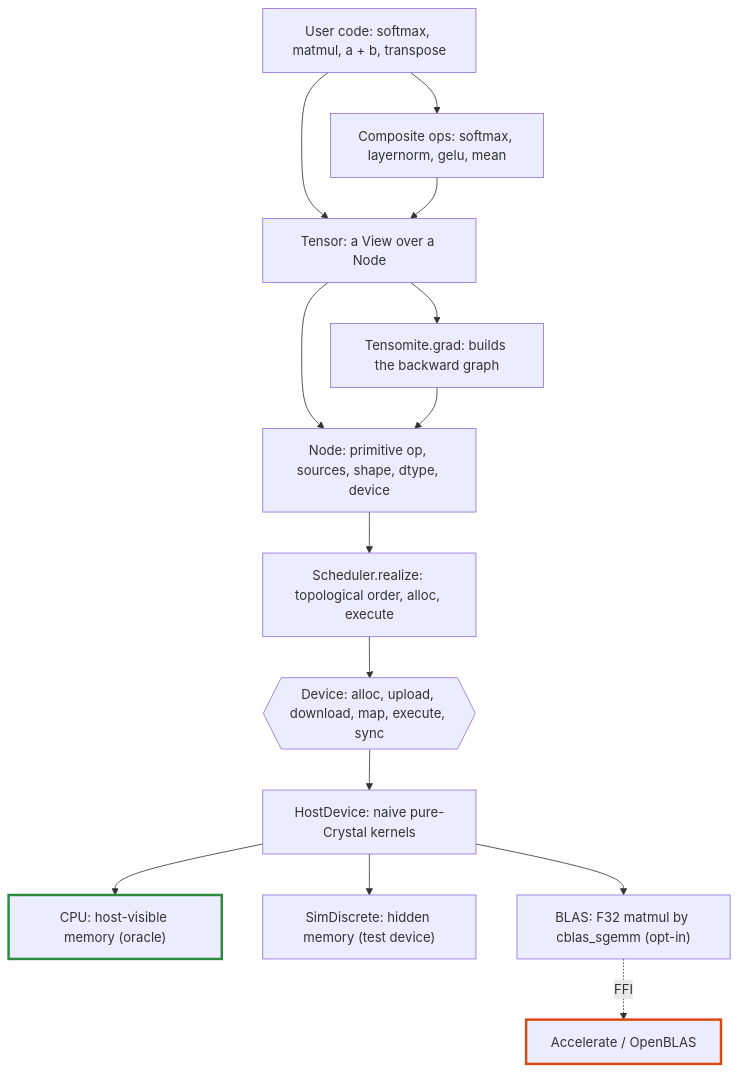
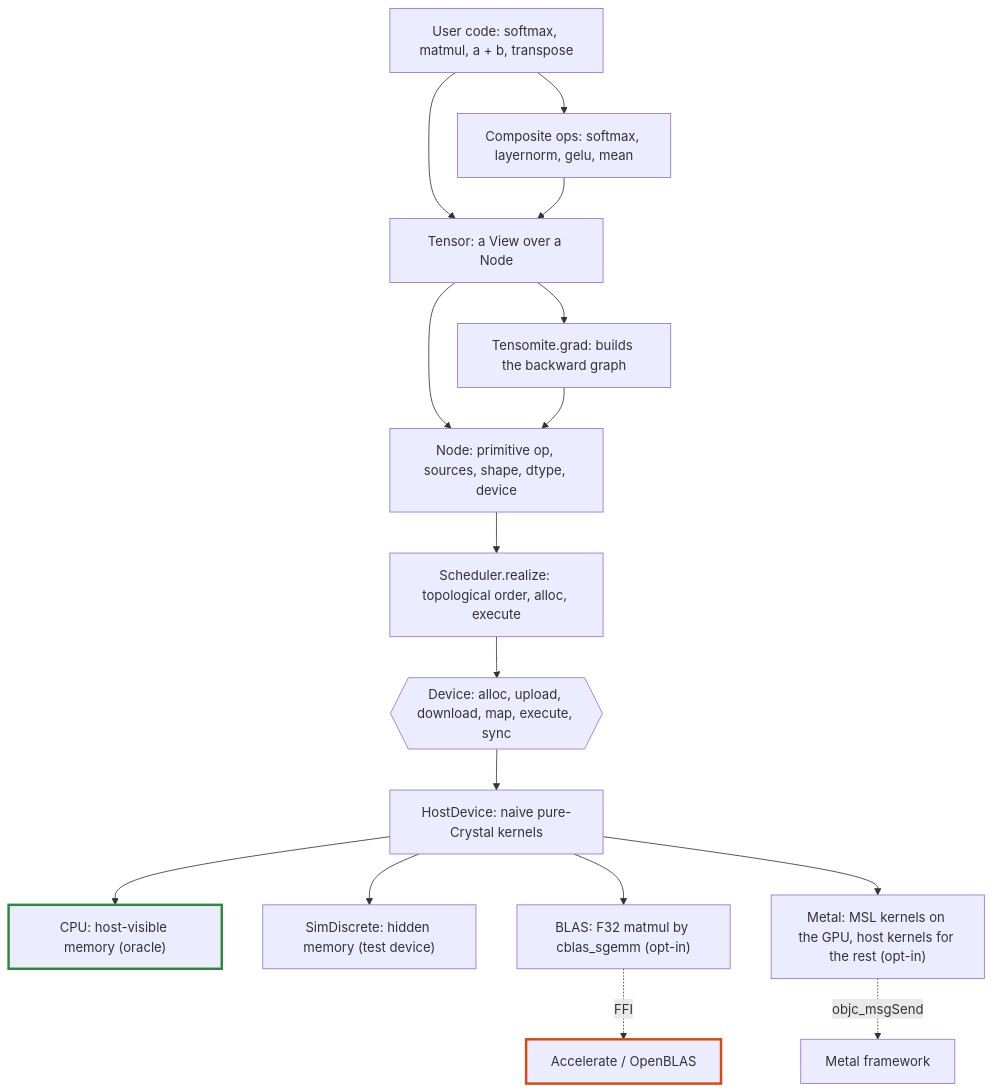
Before and after one commit to nogginly/tensomite.cr: the first of 20 diagrams in DESIGN.md, drawn with Mermaid. The commit also changed other lines of this file and 11 other files, not shown here.

First line of the commit message:
Add the Metal device with elementwise kernels

````diff
--- a/DESIGN.md
+++ b/DESIGN.md
@@ -9,18 +9,20 @@
 ```mermaid
 flowchart TD
     User["User code: softmax, matmul, a + b, transpose"] --> Comp["Composite ops: softmax, layernorm, gelu, mean"]
     User --> Tensor
     Comp --> Tensor["Tensor: a View over a Node"]
     Tensor --> Node["Node: primitive op, sources, shape, dtype, device"]
     Node --> Sched["Scheduler.realize: topological order, alloc, execute"]
     Tensor --> Grad["Tensomite.grad: builds the backward graph"]
     Grad --> Node
     Sched --> Iface{{"Device: alloc, upload, download, map, execute, sync"}}
     Iface --> Host["HostDevice: naive pure-Crystal kernels"]
     Host --> CPU["CPU: host-visible memory (oracle)"]
     Host --> Sim["SimDiscrete: hidden memory (test device)"]
     Host --> BLAS["BLAS: F32 matmul by cblas_sgemm (opt-in)"]
     BLAS -. "FFI" .-> Lib["Accelerate / OpenBLAS"]
+    Host --> Metal["Metal: MSL kernels on the GPU, host kernels for the rest (opt-in)"]
+    Metal -. "objc_msgSend" .-> MetalFw["Metal framework"]
     style CPU stroke:#2b8a3e,stroke-width:3px
     style Lib stroke:#d9480f,stroke-width:3px
 ```
````
